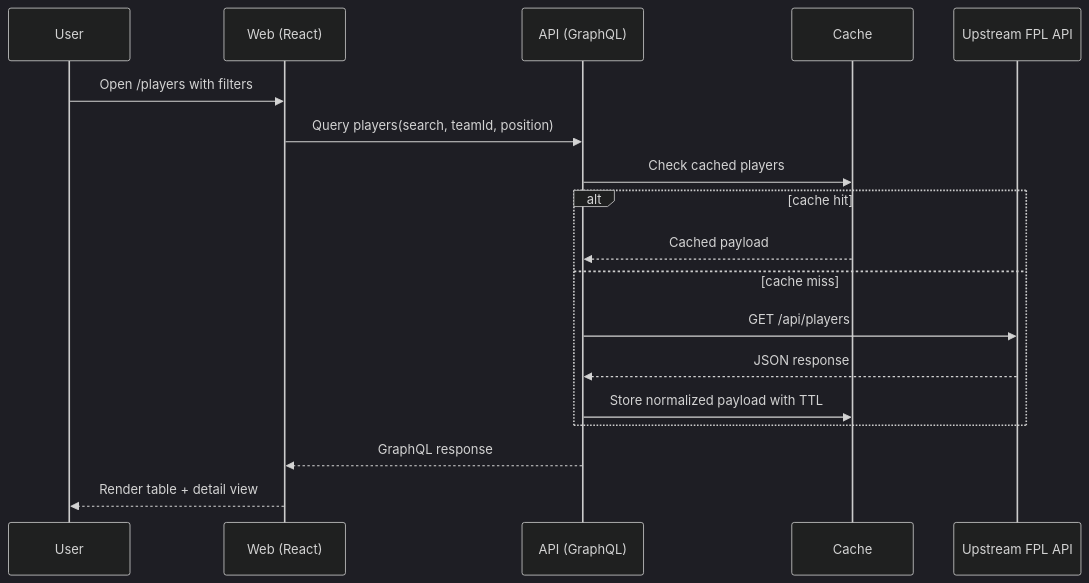
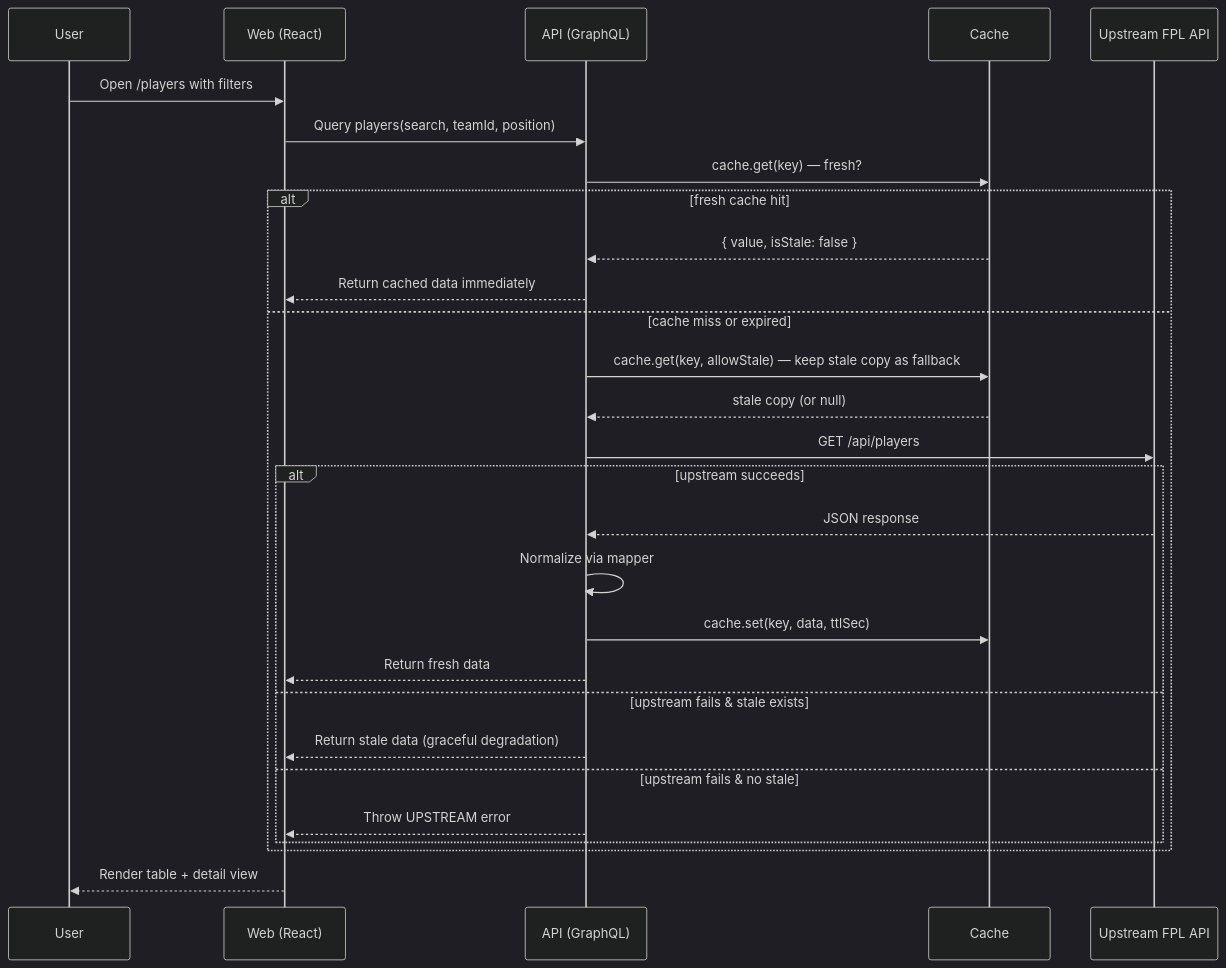
Before and after one commit to garyfoxes/fpl-companion: the second of 2 diagrams in README.md, drawn with Mermaid (dark theme). The commit also changed other lines of this file, not shown here.

Commit message:
docs: clarify in-memory cache and stale-fallback pattern in README

````diff
--- a/README.md
+++ b/README.md
@@ -45,21 +45,31 @@
 ```mermaid
 sequenceDiagram
     participant U as User
     participant W as Web (React)
     participant A as API (GraphQL)
     participant C as Cache
     participant F as Upstream FPL API
 
     U->>W: Open /players with filters
     W->>A: Query players(search, teamId, position)
-    A->>C: Check cached players
-    alt cache hit
-      C-->>A: Cached payload
-    else cache miss
+    A->>C: cache.get(key) — fresh?
+    alt fresh cache hit
+      C-->>A: { value, isStale: false }
+      A-->>W: Return cached data immediately
+    else cache miss or expired
+      A->>C: cache.get(key, allowStale) — keep stale copy as fallback
+      C-->>A: stale copy (or null)
       A->>F: GET /api/players
-      F-->>A: JSON response
-      A->>C: Store normalized payload with TTL
+      alt upstream succeeds
+        F-->>A: JSON response
+        A->>A: Normalize via mapper
+        A->>C: cache.set(key, data, ttlSec)
+        A-->>W: Return fresh data
+      else upstream fails & stale exists
+        A-->>W: Return stale data (graceful degradation)
+      else upstream fails & no stale
+        A-->>W: Throw UPSTREAM error
+      end
     end
-    A-->>W: GraphQL response
     W-->>U: Render table + detail view
 ```
````
